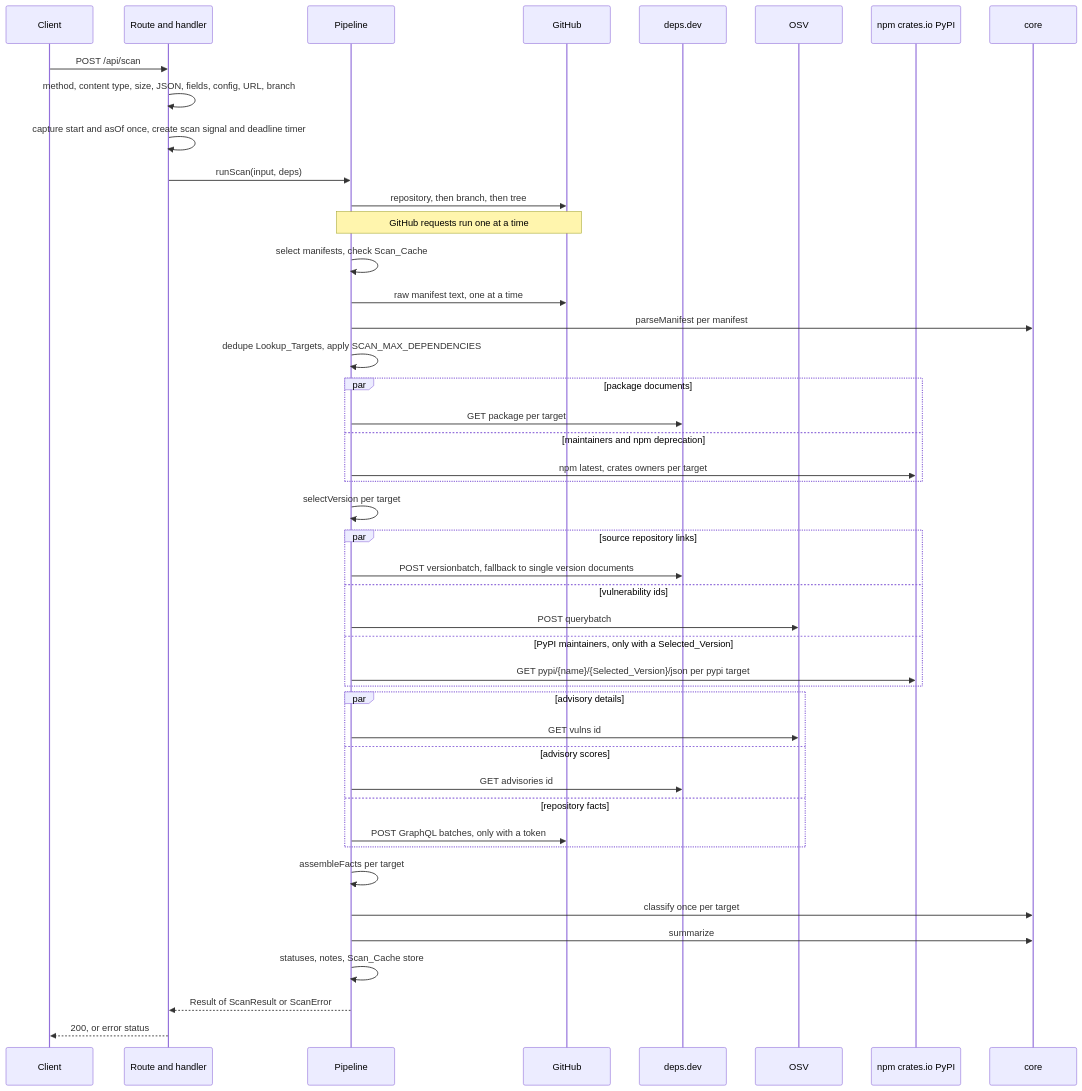
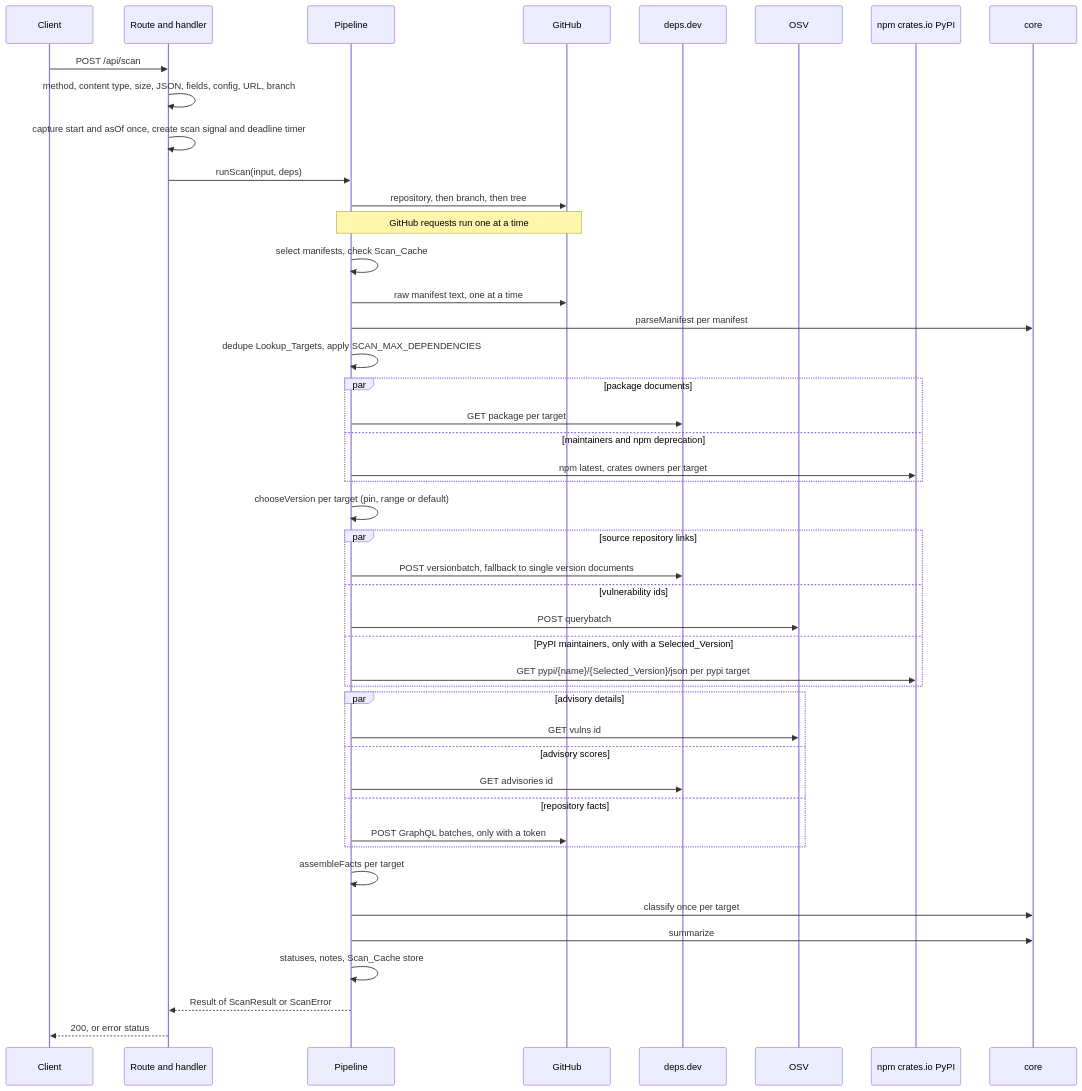
One commit to rustoman-AI/gravekeeper changed the second of 2 diagrams in .kiro/specs/scan-pipeline/design.md. Above: the diagram before and after it, drawn with Mermaid. The commit also changed other lines of this file and 8 other files, not shown here.

````diff
--- a/.kiro/specs/scan-pipeline/design.md
+++ b/.kiro/specs/scan-pipeline/design.md
@@ -153,48 +154,48 @@
 ```mermaid
 sequenceDiagram
   participant C as Client
   participant R as Route and handler
   participant P as Pipeline
   participant G as GitHub
   participant D as deps.dev
   participant O as OSV
   participant N as npm crates.io PyPI
   participant K as core
 
   C->>R: POST /api/scan
   R->>R: method, content type, size, JSON, fields, config, URL, branch
   R->>R: capture start and asOf once, create scan signal and deadline timer
   R->>P: runScan(input, deps)
   P->>G: repository, then branch, then tree
   Note over P,G: GitHub requests run one at a time
   P->>P: select manifests, check Scan_Cache
   P->>G: raw manifest text, one at a time
   P->>K: parseManifest per manifest
   P->>P: dedupe Lookup_Targets, apply SCAN_MAX_DEPENDENCIES
   par package documents
     P->>D: GET package per target
   and maintainers and npm deprecation
     P->>N: npm latest, crates owners per target
   end
-  P->>P: selectVersion per target
+  P->>P: chooseVersion per target (pin, range or default)
   par source repository links
     P->>D: POST versionbatch, fallback to single version documents
   and vulnerability ids
     P->>O: POST querybatch
   and PyPI maintainers, only with a Selected_Version
     P->>N: GET pypi/{name}/{Selected_Version}/json per pypi target
   end
   par advisory details
     P->>O: GET vulns id
   and advisory scores
     P->>D: GET advisories id
   and repository facts
     P->>G: POST GraphQL batches, only with a token
   end
   P->>P: assembleFacts per target
   P->>K: classify once per target
   P->>K: summarize
   P->>P: statuses, notes, Scan_Cache store
   P-->>R: Result of ScanResult or ScanError
   R-->>C: 200, or error status
 ```
````
